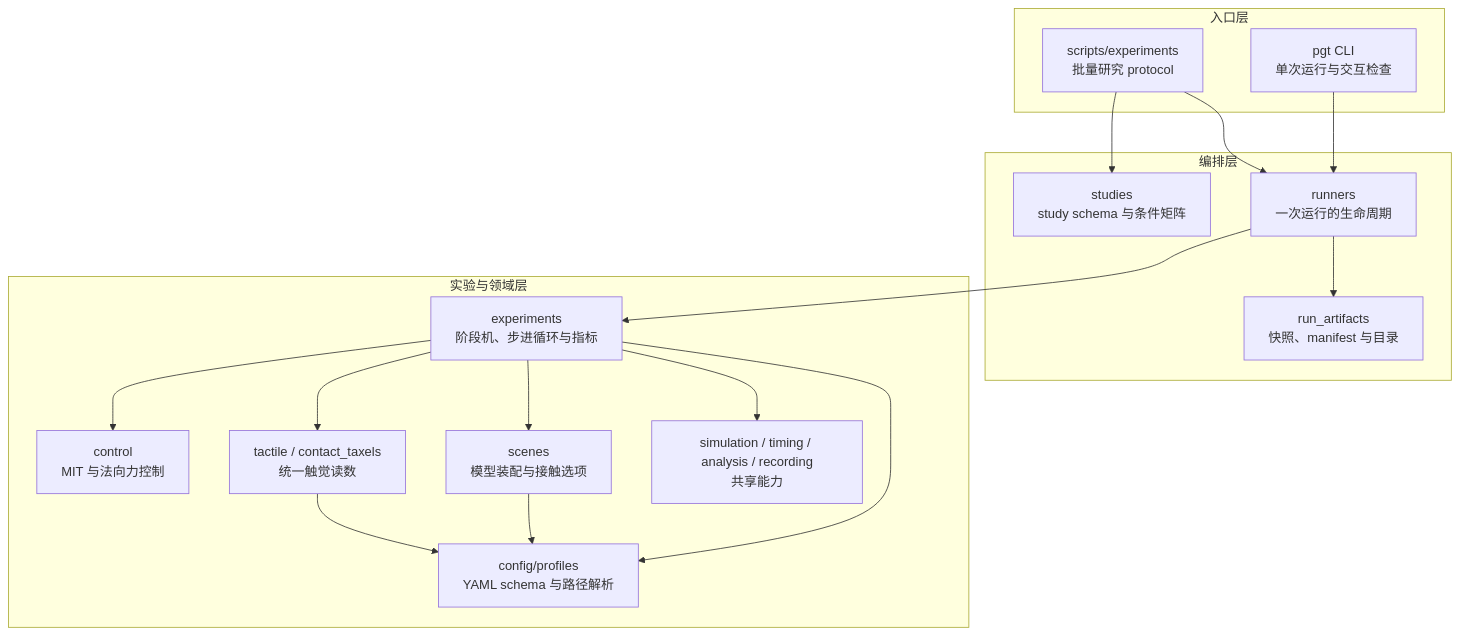
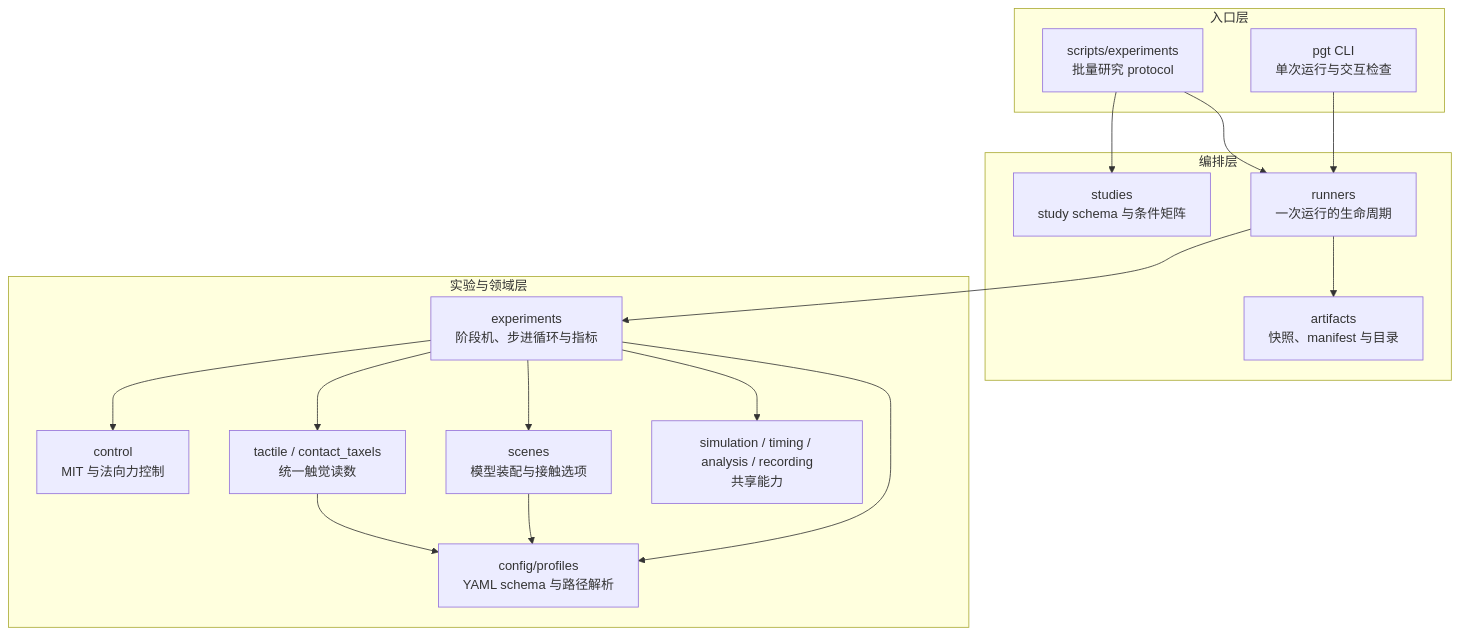
Before and after one commit to langxin11/parallel_gripper_tactile: the first of 2 diagrams in docs/architecture.md, drawn with Mermaid. The commit also changed other lines of this file and 11 other files, not shown here.

````diff
--- a/docs/architecture.md
+++ b/docs/architecture.md
@@ -6,35 +6,35 @@
 ```mermaid
 flowchart TB
   subgraph Entry[入口层]
     CLI["pgt CLI<br/>单次运行与交互检查"]
     Scripts["scripts/experiments<br/>批量研究 protocol"]
   end
 
   subgraph Orchestration[编排层]
     Study["studies<br/>study schema 与条件矩阵"]
     Runner["runners<br/>一次运行的生命周期"]
-    Artifacts["run_artifacts<br/>快照、manifest 与目录"]
+    Artifacts["artifacts<br/>快照、manifest 与目录"]
   end
 
   subgraph Domain[实验与领域层]
     Experiments["experiments<br/>阶段机、步进循环与指标"]
     Control["control<br/>MIT 与法向力控制"]
     Tactile["tactile / contact_taxels<br/>统一触觉读数"]
     Scenes["scenes<br/>模型装配与接触选项"]
     Profiles["config/profiles<br/>YAML schema 与路径解析"]
     Shared["simulation / timing / analysis / recording<br/>共享能力"]
   end
 
   CLI --> Runner
   Scripts --> Study
   Scripts --> Runner
   Runner --> Artifacts
   Runner --> Experiments
   Experiments --> Control
   Experiments --> Tactile
   Experiments --> Scenes
   Experiments --> Profiles
   Experiments --> Shared
   Scenes --> Profiles
   Tactile --> Profiles
 ```
````
